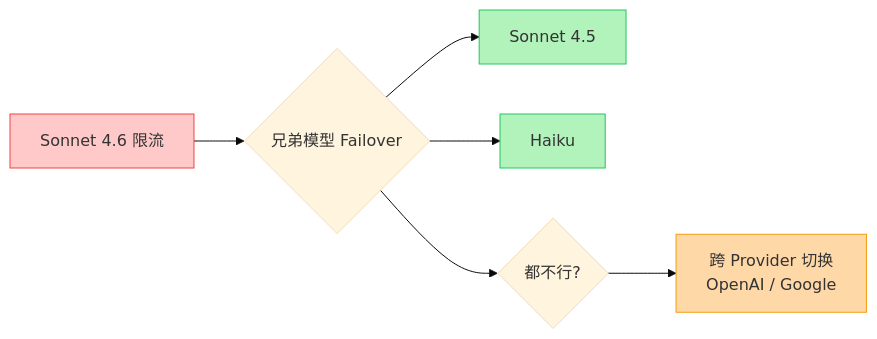
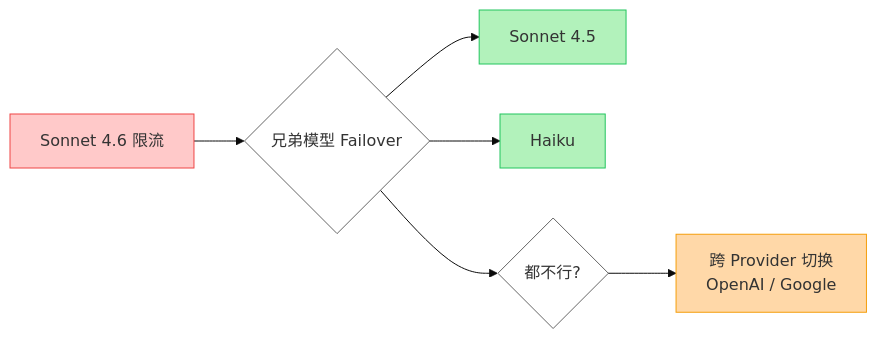
One commit to caosiwei97/agent-loop-demo changed the fourth of 5 diagrams in source/Agent-Loop-深度分享.md. Above: the diagram before and after it, drawn with Mermaid (base theme). The commit also changed other lines of this file and 27 other files, not shown here.

````diff
--- a/source/Agent-Loop-深度分享.md
+++ b/source/Agent-Loop-深度分享.md
@@ -398,13 +408,15 @@
 ```mermaid
 graph LR
     A[Sonnet 4.6 限流] --> B{兄弟模型 Failover}
     B --> C[Sonnet 4.5]
     B --> D[Haiku]
     B --> E{都不行?}
     E --> F[跨 Provider 切换<br/>OpenAI / Google]
 
-    style A fill:#ffc9c9,stroke:#ef4444
-    style C fill:#b2f2bb,stroke:#22c55e
-    style D fill:#b2f2bb,stroke:#22c55e
-    style F fill:#ffd8a8,stroke:#f59e0b
+    style A fill:#ffc9c9,stroke:#ef4444,color:#333
+    style B fill:#fff,stroke:#666,color:#333
+    style C fill:#b2f2bb,stroke:#22c55e,color:#333
+    style D fill:#b2f2bb,stroke:#22c55e,color:#333
+    style E fill:#fff,stroke:#666,color:#333
+    style F fill:#ffd8a8,stroke:#f59e0b,color:#333
 ```
````
